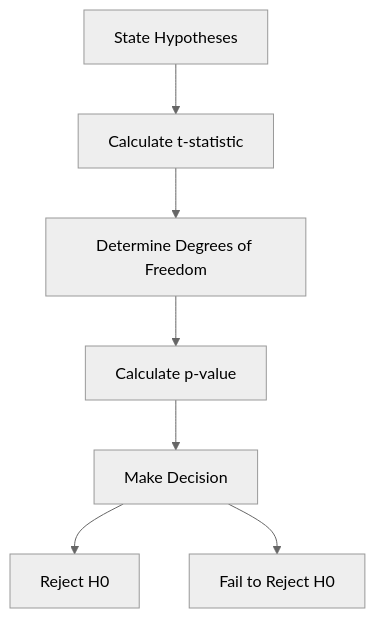
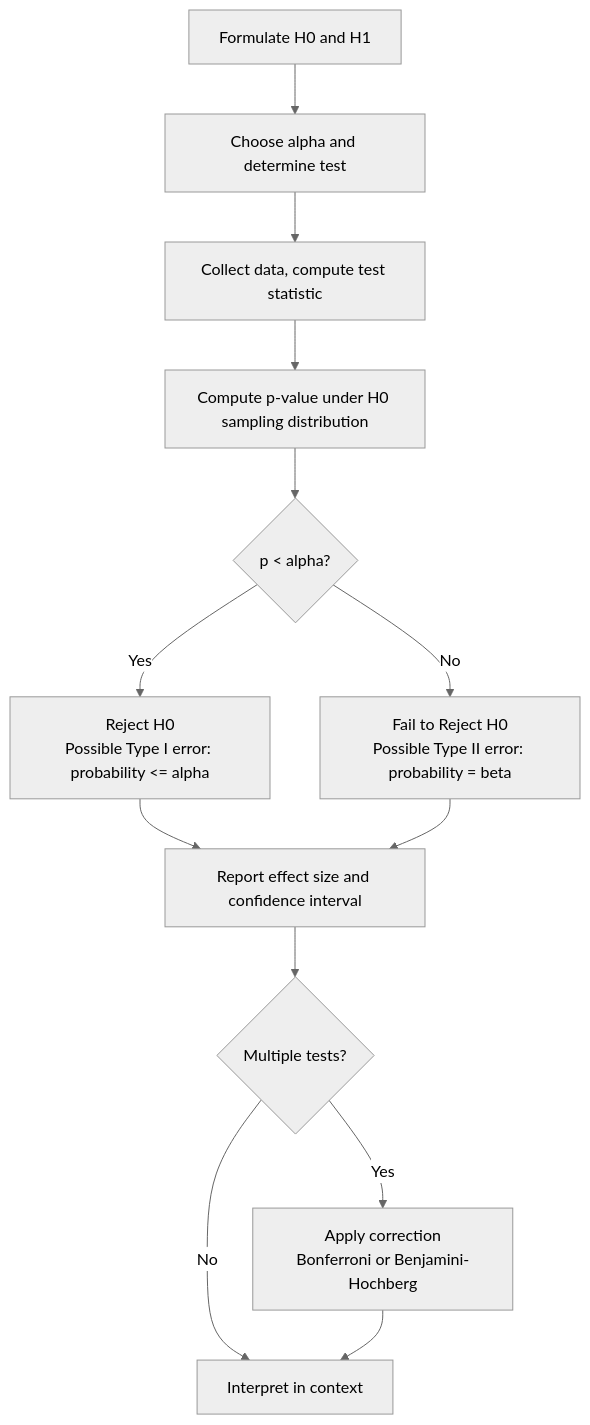
The first of 2 diagrams in topics/computing/data/data_analysis/lesson_02_statistical_significance.md (blebleblee/synapse), drawn with Mermaid (neutral theme) before and after one commit. The commit also changed other lines of this file and 4 other files, not shown here.

````diff
--- a/topics/computing/data/data_analysis/lesson_02_statistical_significance.md
+++ b/topics/computing/data/data_analysis/lesson_02_statistical_significance.md
@@ -54,9 +60,15 @@
 ```mermaid
-graph TD
-    A[State Hypotheses] --> B[Calculate t-statistic]
-    B --> C[Determine Degrees of Freedom]
-    C --> D[Calculate p-value]
-    D --> E[Make Decision]
-    E --> F[Reject H0]
-    E --> G[Fail to Reject H0]
+flowchart TD
+    A["Formulate H0 and H1"] --> B["Choose alpha and determine test"]
+    B --> C["Collect data, compute test statistic"]
+    C --> D["Compute p-value under H0 sampling distribution"]
+    D --> E{"p < alpha?"}
+    E -->|"Yes"| F["Reject H0<br/>Possible Type I error: probability <= alpha"]
+    E -->|"No"| G["Fail to Reject H0<br/>Possible Type II error: probability = beta"]
+    F --> H["Report effect size and confidence interval"]
+    G --> H
+    H --> I{"Multiple tests?"}
+    I -->|"Yes"| J["Apply correction<br/>Bonferroni or Benjamini-Hochberg"]
+    I -->|"No"| K["Interpret in context"]
+    J --> K
 ```
````
